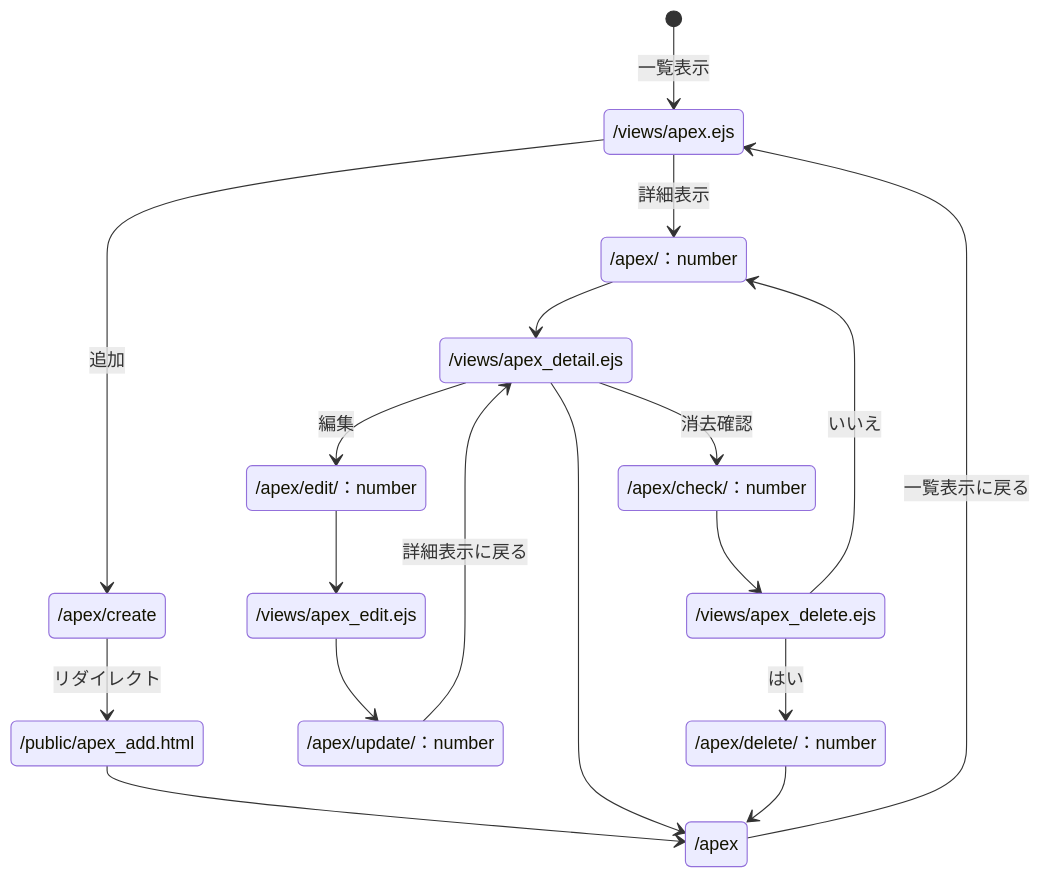
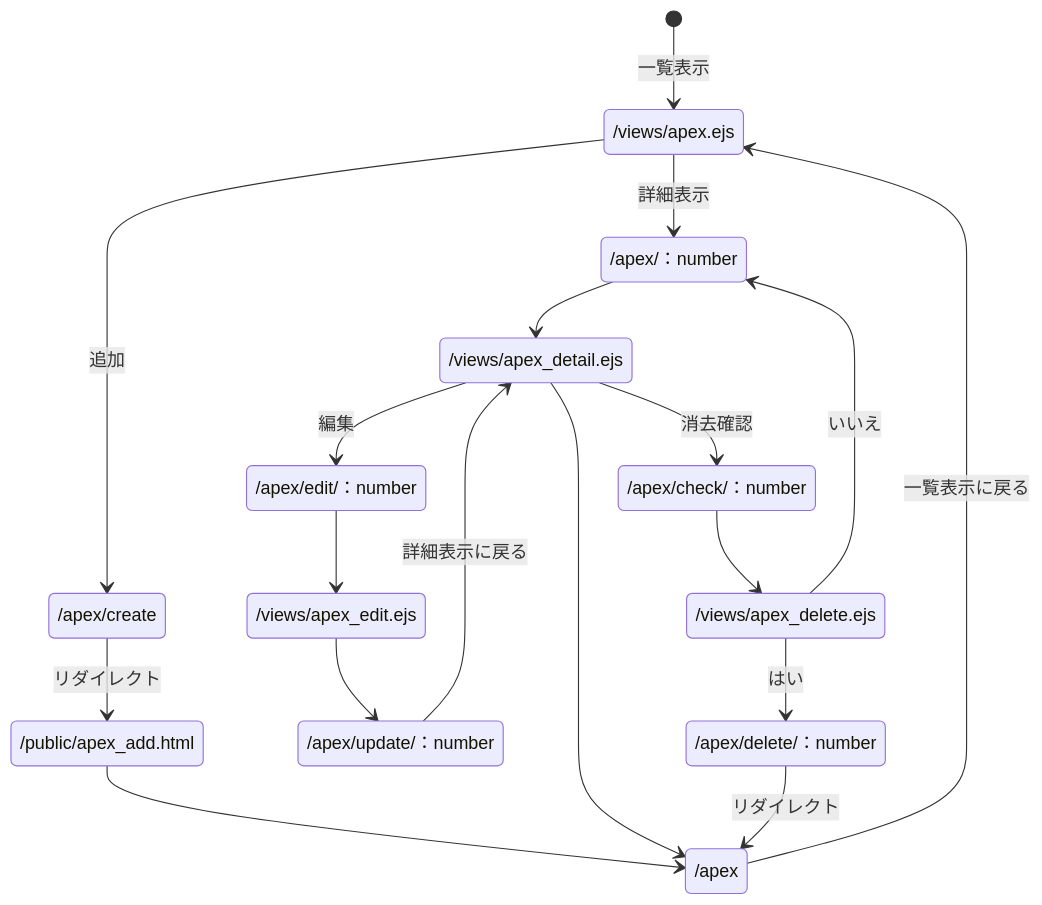
One commit to kenichi-4/webpro_06 changed the diagram in apex.md. Above: the diagram before and after it, drawn with Mermaid.

Commit message:
apexの遷移図

````diff
--- a/apex.md
+++ b/apex.md
@@ -1,28 +1,28 @@
 ```mermaid
 stateDiagram-v2
     [*] --> /views/apex.ejs:一覧表示
     /views/apex.ejs --> /apex/create:追加
     /apex/create --> /public/apex_add.html:リダイレクト
     /public/apex_add.html --> /apex
     /apex --> /views/apex.ejs:一覧表示に戻る
 
     /views/apex.ejs --> /apex/：number:詳細表示
     /apex/：number --> /views/apex_detail.ejs
 
     /views/apex_detail.ejs --> /apex/edit/：number:編集
     /apex/edit/：number --> /views/apex_edit.ejs
     /views/apex_edit.ejs --> /apex/update/：number
     /apex/update/：number --> /views/apex_detail.ejs:詳細表示に戻る
 
     /views/apex_detail.ejs --> /apex
 
     /views/apex_detail.ejs --> /apex/check/：number:消去確認
     /apex/check/：number --> /views/apex_delete.ejs
 
     /views/apex_delete.ejs --> /apex/：number:いいえ
 
 
     /views/apex_delete.ejs --> /apex/delete/：number:はい
-    /apex/delete/：number --> /apex
+    /apex/delete/：number --> /apex:リダイレクト
 
 ```
````
